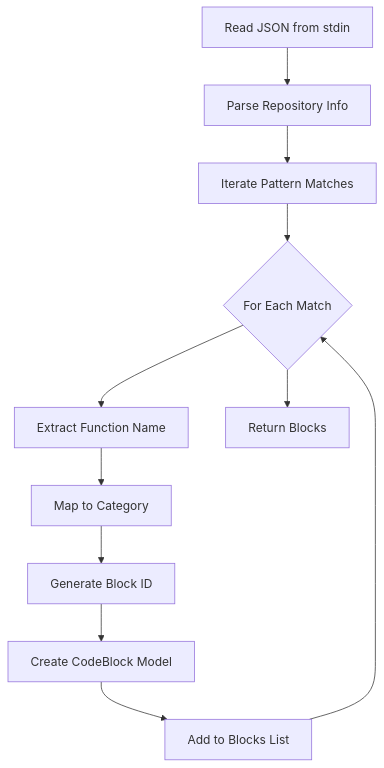
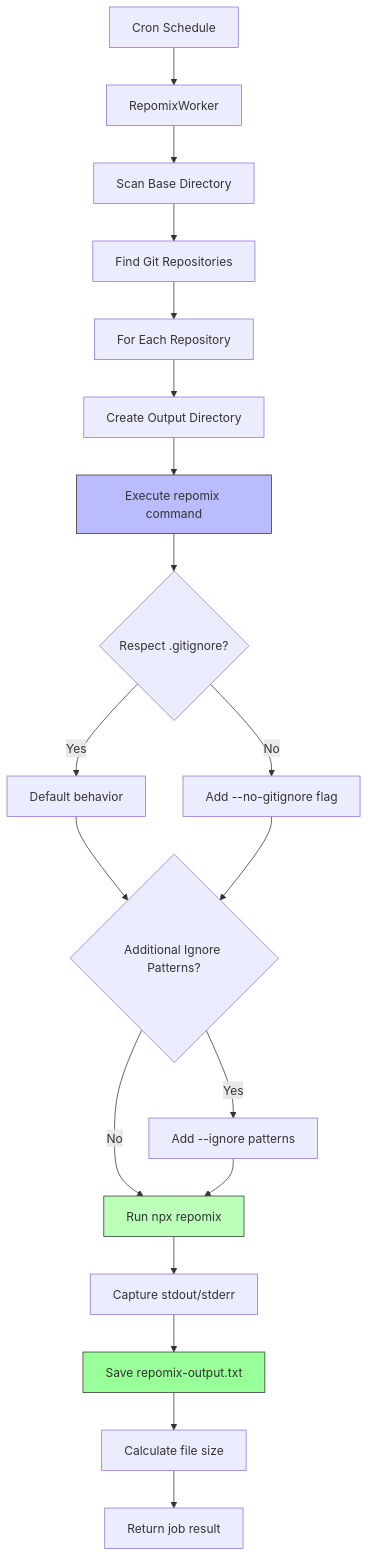
The seventh of 12 diagrams in docs/architecture/pipeline-data-flow.md (integritystudio/AlephAuto), drawn with Mermaid before and after one commit. The commit also changed other lines of this file, not shown here.

First line of the commit message:
docs: expand pipeline data flow to cover all 9 workflows

````diff
--- a/docs/architecture/pipeline-data-flow.md
+++ b/docs/architecture/pipeline-data-flow.md
@@ -280,13 +651,25 @@
 ```mermaid
 graph TB
-    A[Read JSON from stdin] --> B[Parse Repository Info]
-    B --> C[Iterate Pattern Matches]
-    C --> D{For Each Match}
-    D --> E[Extract Function Name]
-    E --> F[Map to Category]
-    F --> G[Generate Block ID]
-    G --> H[Create CodeBlock Model]
-    H --> I[Add to Blocks List]
-    I --> D
-    D --> J[Return Blocks]
+    A[Cron Schedule] --> B[RepomixWorker]
+    B --> C[Scan Base Directory]
+    C --> D[Find Git Repositories]
+    D --> E[For Each Repository]
+    E --> F[Create Output Directory]
+    F --> G[Execute repomix command]
+    G --> H{Respect .gitignore?}
+    H -->|Yes| I[Default behavior]
+    H -->|No| J[Add --no-gitignore flag]
+    I --> K{Additional Ignore Patterns?}
+    J --> K
+    K -->|Yes| L[Add --ignore patterns]
+    K -->|No| M[Run npx repomix]
+    L --> M
+    M --> N[Capture stdout/stderr]
+    N --> O[Save repomix-output.txt]
+    O --> P[Calculate file size]
+    P --> Q[Return job result]
+
+    style G fill:#bbf,stroke:#333
+    style M fill:#bfb,stroke:#333
+    style O fill:#9f9,stroke:#333
 ```
````
